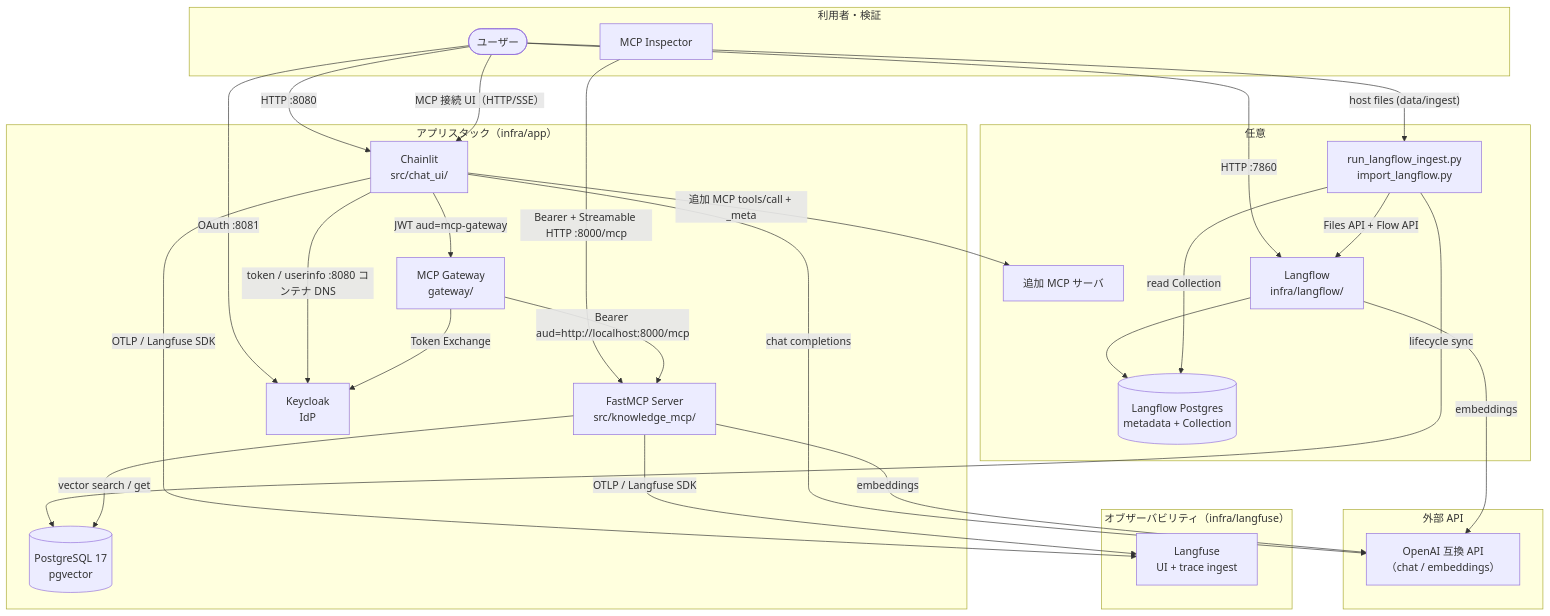
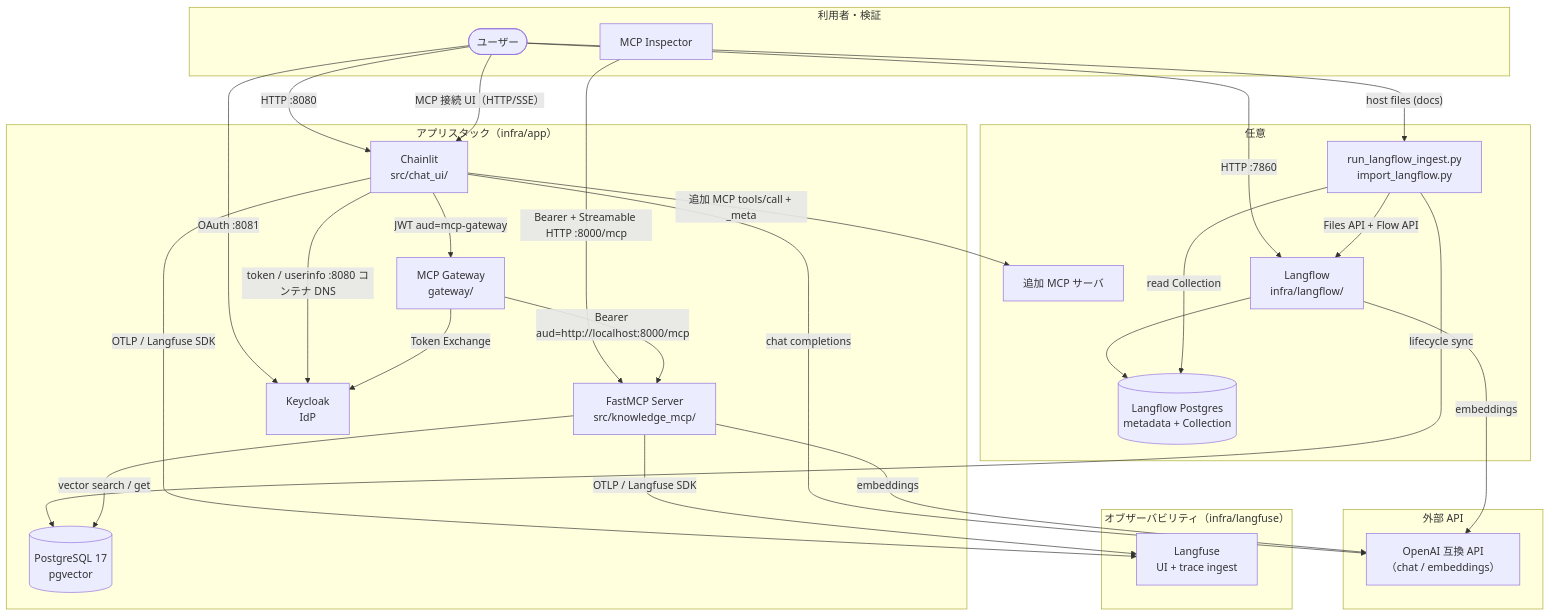
The first of 2 diagrams in docs/current/architecture.md (s-kodani/template-ai-coding), drawn with Mermaid before and after one commit. The commit also changed other lines of this file and 10 other files, not shown here.

````diff
--- a/docs/current/architecture.md
+++ b/docs/current/architecture.md
@@ -29,52 +29,52 @@
 ```mermaid
 flowchart TB
     subgraph users["利用者・検証"]
         User([ユーザー])
         Inspector[MCP Inspector]
     end
 
     subgraph app["アプリスタック（infra/app）"]
         Chainlit["Chainlit<br/>src/chat_ui/"]
         Gateway["MCP Gateway<br/>gateway/"]
         MCP["FastMCP Server<br/>src/knowledge_mcp/"]
         PG[("PostgreSQL 17<br/>pgvector")]
         Keycloak["Keycloak<br/>IdP"]
     end
 
     subgraph external["外部 API"]
         LLM["OpenAI 互換 API<br/>（chat / embeddings）"]
     end
 
     subgraph observability["オブザーバビリティ（infra/langfuse）"]
         Langfuse["Langfuse<br/>UI + trace ingest"]
     end
 
     subgraph optional["任意"]
         ExtraMCP[追加 MCP サーバ]
         Langflow["Langflow<br/>infra/langflow/"]
         LFPG[("Langflow Postgres<br/>metadata + Collection")]
         Adapter["run_langflow_ingest.py\nimport_langflow.py"]
     end
 
     User -->|HTTP :8080| Chainlit
     User -->|OAuth :8081| Keycloak
     Chainlit -->|token / userinfo :8080 コンテナ DNS| Keycloak
     User -->|HTTP :7860| Langflow
-    User -->|"host files (data/ingest)"| Adapter
+    User -->|"host files (docs)"| Adapter
     Adapter -->|"Files API + Flow API"| Langflow
     Langflow --> LFPG
     Langflow -->|embeddings| LLM
     Adapter -->|read Collection| LFPG
     Adapter -->|lifecycle sync| PG
     User -->|"MCP 接続 UI（HTTP/SSE）"| Chainlit
     Inspector -->|"Bearer + Streamable HTTP :8000/mcp"| MCP
     Chainlit -->|"JWT aud=mcp-gateway"| Gateway
     Gateway -->|Token Exchange| Keycloak
     Gateway -->|"Bearer aud=http://localhost:8000/mcp"| MCP
     Chainlit -->|追加 MCP tools/call + _meta| ExtraMCP
     Chainlit -->|chat completions| LLM
     MCP -->|vector search / get| PG
     MCP -->|embeddings| LLM
     Chainlit -->|OTLP / Langfuse SDK| Langfuse
     MCP -->|OTLP / Langfuse SDK| Langfuse
 ```
````
